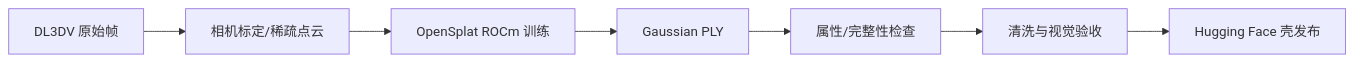
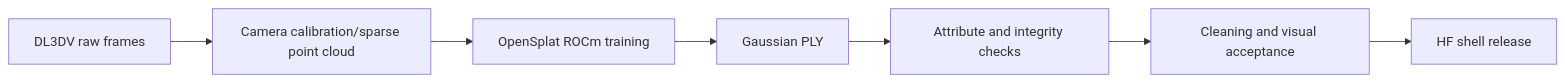
The diagram in docs/05-3d-reconstruction.md (eust-w/amd-bigym-3dgs-rocm), drawn with Mermaid before and after one commit. The commit also changed other lines of this file and 31 other files, not shown here.

````diff
--- a/docs/05-3d-reconstruction.md
+++ b/docs/05-3d-reconstruction.md
@@ -7,9 +7,9 @@
 ```mermaid
 flowchart LR
-    A["DL3DV 原始帧"] --> B["相机标定/稀疏点云"]
-    B --> C["OpenSplat ROCm 训练"]
+    A["DL3DV raw frames"] --> B["Camera calibration/sparse point cloud"]
+    B --> C["OpenSplat ROCm training"]
     C --> D["Gaussian PLY"]
-    D --> E["属性/完整性检查"]
-    E --> F["清洗与视觉验收"]
-    F --> G["Hugging Face 壳发布"]
+    D --> E["Attribute and integrity checks"]
+    E --> F["Cleaning and visual acceptance"]
+    F --> G["HF shell release"]
 ```
````
